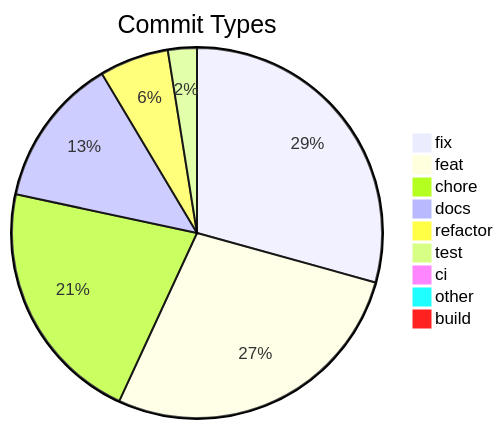
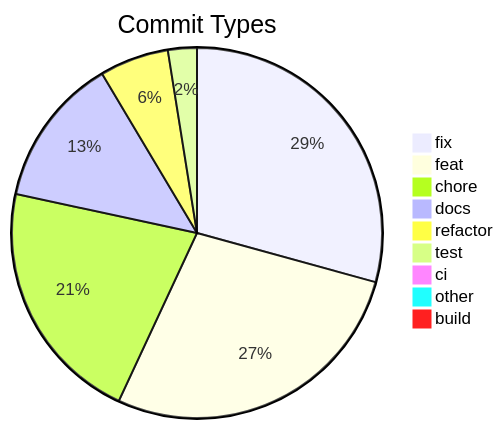
The diagram in .shipwright/compliance/change-history.md (svenroth-ai/shipwright), drawn with Mermaid before and after one commit. The commit also changed other lines of this file and 27 other files, not shown here.

````diff
--- a/.shipwright/compliance/change-history.md
+++ b/.shipwright/compliance/change-history.md
@@ -8,12 +8,12 @@
 ```mermaid
 pie title Commit Types
     "fix" : 325
-    "feat" : 306
+    "feat" : 307
     "chore" : 238
     "docs" : 145
     "refactor" : 67
     "test" : 28
     "ci" : 11
     "other" : 7
     "build" : 1
 ```
````
